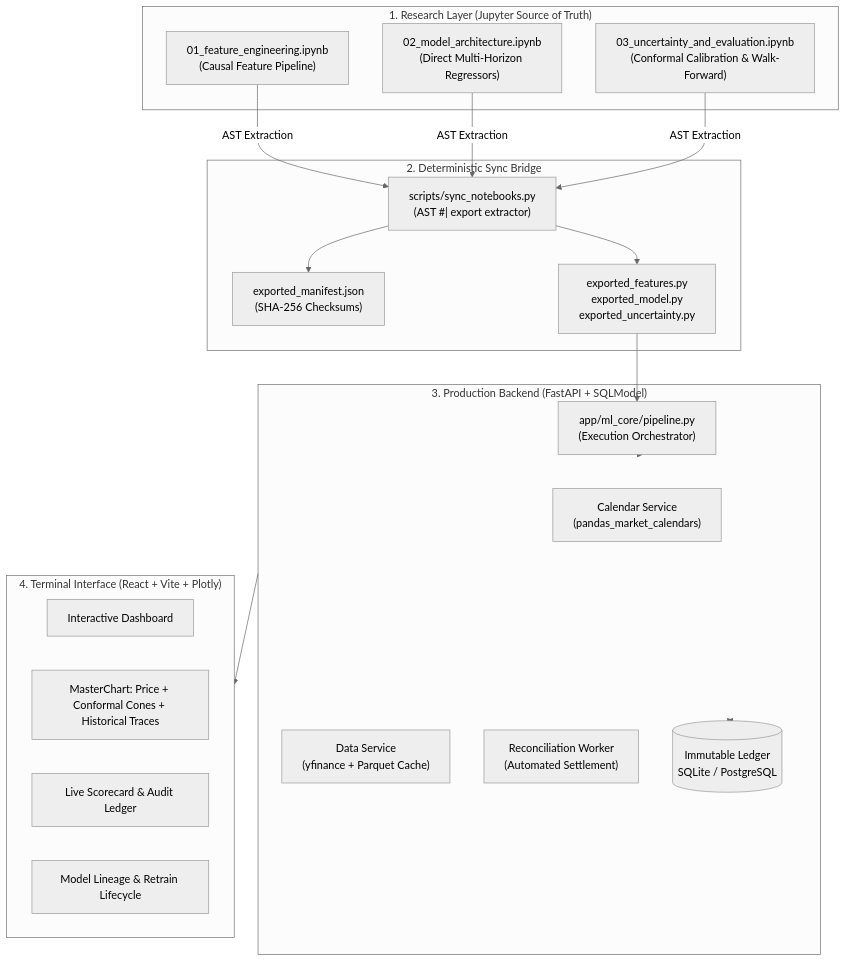
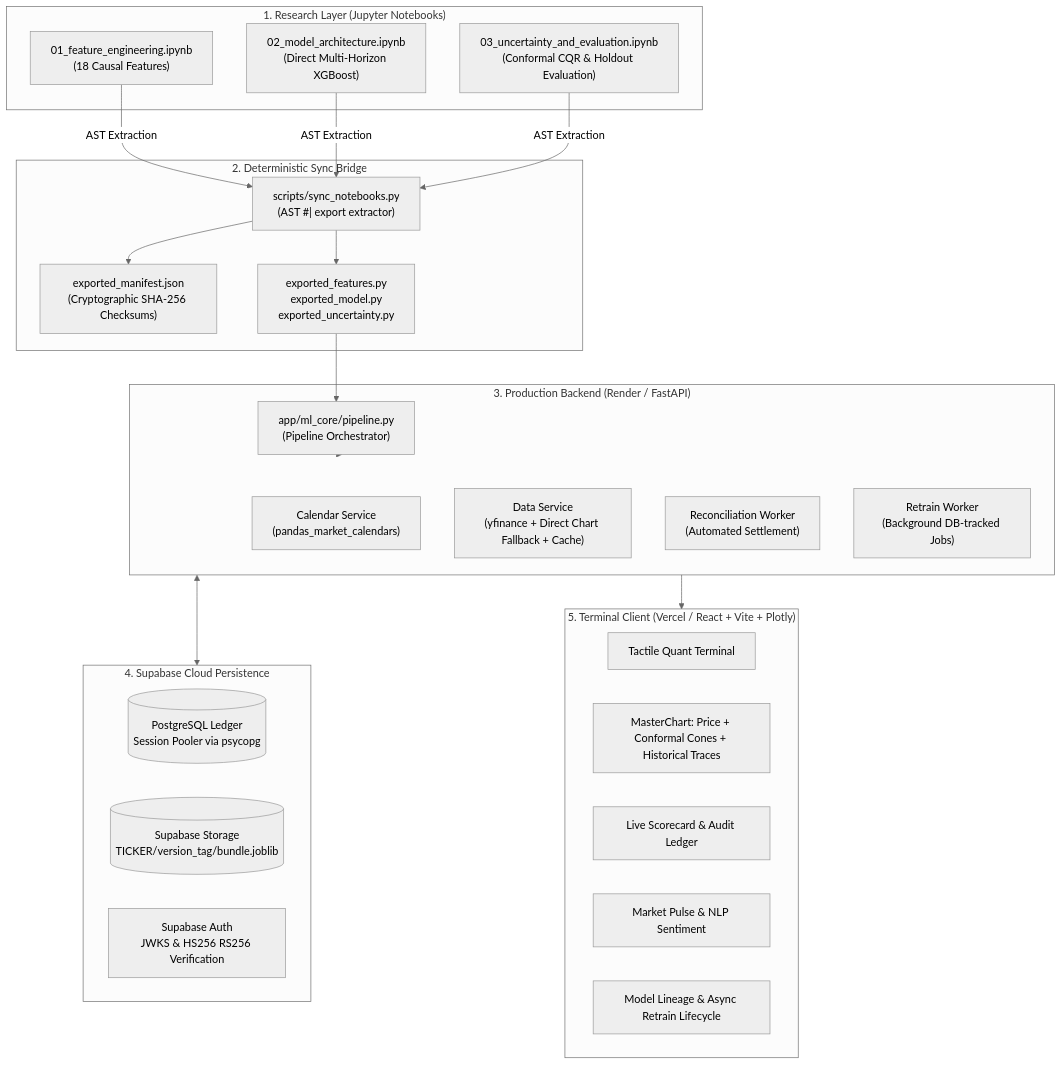
The diagram in README.md (Artifact19/log-pose-terminal), drawn with Mermaid (neutral theme) before and after one commit. The commit also changed other lines of this file and 2 other files, not shown here.

````diff
--- a/README.md
+++ b/README.md
@@ -11,36 +11,43 @@
 ```mermaid
 flowchart TD
-    subgraph Research["1. Research Layer (Jupyter Source of Truth)"]
-        NB1["01_feature_engineering.ipynb<br/>(Causal Feature Pipeline)"]
-        NB2["02_model_architecture.ipynb<br/>(Direct Multi-Horizon Regressors)"]
-        NB3["03_uncertainty_and_evaluation.ipynb<br/>(Conformal Calibration & Walk-Forward)"]
+    subgraph Research["1. Research Layer (Jupyter Notebooks)"]
+        NB1["01_feature_engineering.ipynb<br/>(18 Causal Features)"]
+        NB2["02_model_architecture.ipynb<br/>(Direct Multi-Horizon XGBoost)"]
+        NB3["03_uncertainty_and_evaluation.ipynb<br/>(Conformal CQR & Holdout Evaluation)"]
     end
 
     subgraph Bridge["2. Deterministic Sync Bridge"]
         SYNC["scripts/sync_notebooks.py<br/>(AST #| export extractor)"]
-        MANIFEST["exported_manifest.json<br/>(SHA-256 Checksums)"]
+        MANIFEST["exported_manifest.json<br/>(Cryptographic SHA-256 Checksums)"]
         PROD_MOD["exported_features.py<br/>exported_model.py<br/>exported_uncertainty.py"]
     end
 
-    subgraph Service["3. Production Backend (FastAPI + SQLModel)"]
-        CORE["app/ml_core/pipeline.py<br/>(Execution Orchestrator)"]
+    subgraph Backend["3. Production Backend (Render / FastAPI)"]
+        CORE["app/ml_core/pipeline.py<br/>(Pipeline Orchestrator)"]
         CAL["Calendar Service<br/>(pandas_market_calendars)"]
-        DATA["Data Service<br/>(yfinance + Parquet Cache)"]
+        DATA["Data Service<br/>(yfinance + Direct Chart Fallback + Cache)"]
         RECON["Reconciliation Worker<br/>(Automated Settlement)"]
-        DB[(Immutable Ledger<br/>SQLite / PostgreSQL)]
+        RETRAIN["Retrain Worker<br/>(Background DB-tracked Jobs)"]
     end
 
-    subgraph Client["4. Terminal Interface (React + Vite + Plotly)"]
-        UI["Interactive Dashboard"]
+    subgraph Persistence["4. Supabase Cloud Persistence"]
+        DB[(PostgreSQL Ledger<br/>Session Pooler via psycopg)]
+        STORAGE[(Supabase Storage<br/>TICKER/version_tag/bundle.joblib)]
+        AUTH[Supabase Auth<br/>JWKS & HS256 RS256 Verification]
+    end
+
+    subgraph Client["5. Terminal Client (Vercel / React + Vite + Plotly)"]
+        UI["Tactile Quant Terminal"]
         CHART["MasterChart: Price + Conformal Cones + Historical Traces"]
         SCORE["Live Scorecard & Audit Ledger"]
-        OPS["Model Lineage & Retrain Lifecycle"]
+        PULSE["Market Pulse & NLP Sentiment"]
+        OPS["Model Lineage & Async Retrain Lifecycle"]
     end
 
     NB1 & NB2 & NB3 -->|AST Extraction| SYNC
     SYNC --> MANIFEST & PROD_MOD
     PROD_MOD --> CORE
-    CORE --> Service
-    Service <--> DB
-    Service --> Client
+    CORE --> Backend
+    Backend <--> Persistence
+    Backend --> Client
 ```
````
